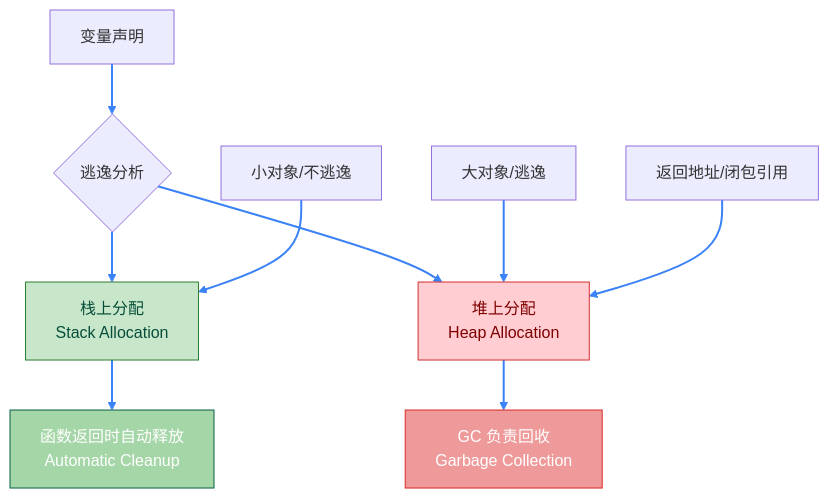
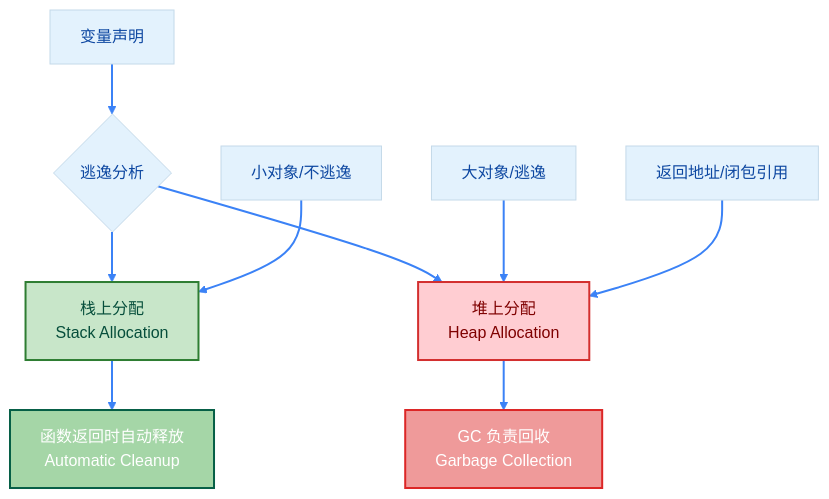
One commit to lazygophers/knowledge changed the second of 2 diagrams in docs/zh/golang/fundamentals/variable-lifecycle.mdx. Above: the diagram before and after it, drawn with Mermaid. The commit also changed other lines of this file and 10 other files, not shown here.

First line of the commit message:
docs(golang): 修复 Mermaid 箭头样式和连接线颜色

````diff
--- a/docs/zh/golang/fundamentals/variable-lifecycle.mdx
+++ b/docs/zh/golang/fundamentals/variable-lifecycle.mdx
@@ -232,24 +233,25 @@
 ```mermaid
+%%{init: {'theme':'base', 'themeVariables': { 'lineColor':'#3b82f6', 'primaryColor':'#e3f2fd', 'primaryTextColor':'#0d47a1'}}}%%
 flowchart TD
     A[变量声明] --> B{逃逸分析}
     B --> C[栈上分配<br/>Stack Allocation]
     B --> D[堆上分配<br/>Heap Allocation]
 
     C --> E[函数返回时自动释放<br/>Automatic Cleanup]
     D --> F[GC 负责回收<br/>Garbage Collection]
 
     G[小对象/不逃逸] --> C
     H[大对象/逃逸] --> D
     I[返回地址/闭包引用] --> D
 
     linkStyle default stroke:#3b82f6,stroke-width:2px
-    classDef stackAlloc fill:#c8e6c9,stroke:#2e7d32,color:#064e3b
-    classDef heapAlloc fill:#ffcdd2,stroke:#d32f2f,color:#7f0000
-    classDef cleanup fill:#a5d6a7,stroke:#065f46,color:#ffffff
-    classDef gcCollect fill:#ef9a9a,stroke:#dc2626,color:#ffffff
+    classDef stackAlloc fill:#c8e6c9,stroke:#2e7d32,stroke-width:2px,color:#064e3b
+    classDef heapAlloc fill:#ffcdd2,stroke:#d32f2f,stroke-width:2px,color:#7f0000
+    classDef cleanup fill:#a5d6a7,stroke:#065f46,stroke-width:2px,color:#ffffff
+    classDef gcCollect fill:#ef9a9a,stroke:#dc2626,stroke-width:2px,color:#ffffff
 
     class C stackAlloc
     class D heapAlloc
     class E cleanup
     class F gcCollect
 ```
````
